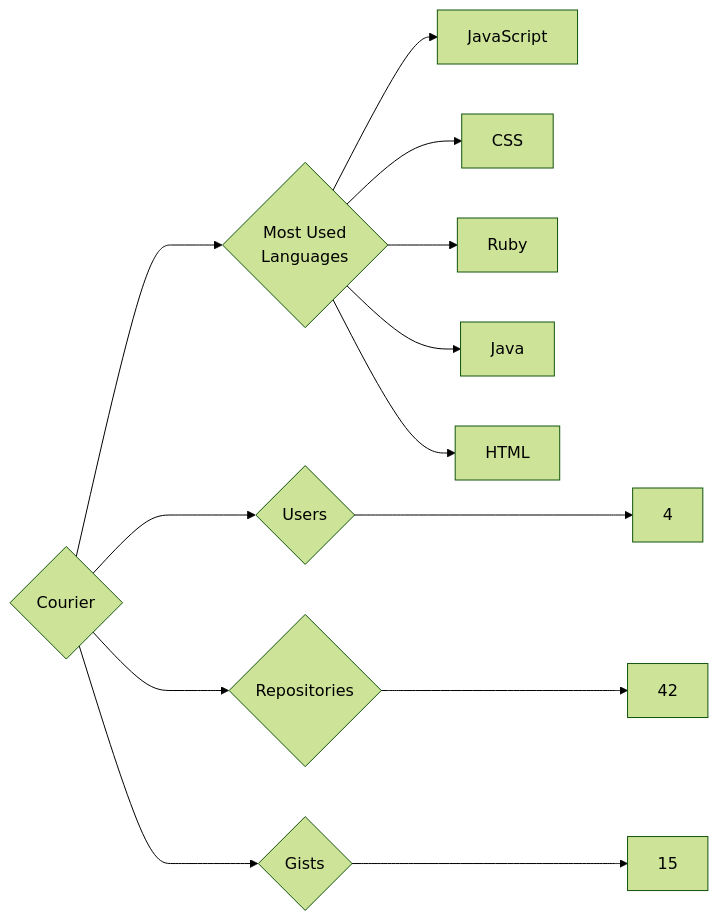
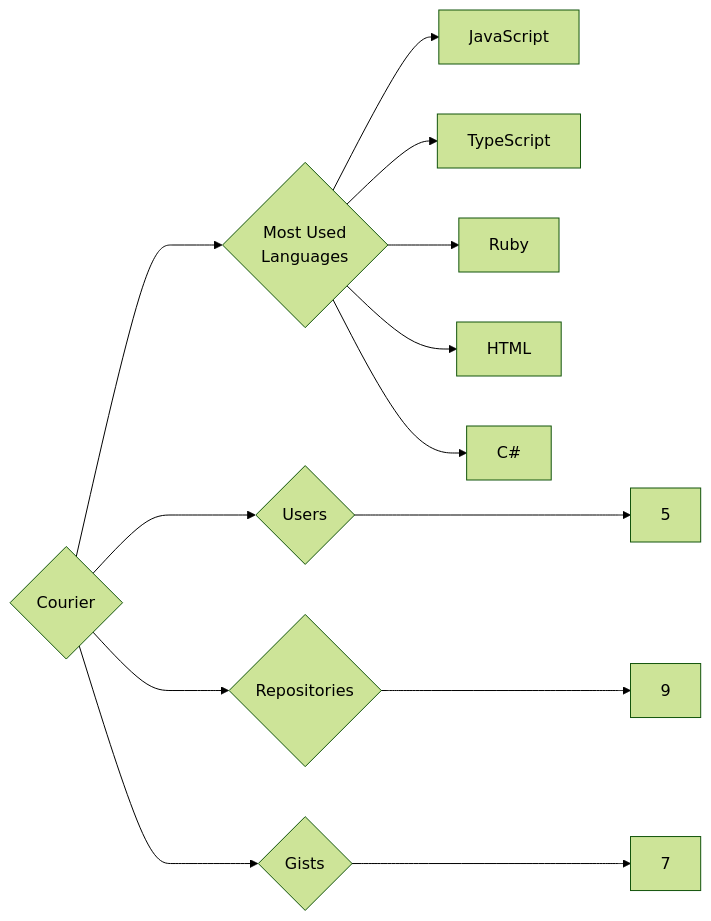
The diagram in targets/Courier/README.md (trickest/insiders), drawn with Mermaid (forest theme) before and after one commit. The commit also changed 933 other files, not shown here.

````diff
--- a/targets/Courier/README.md
+++ b/targets/Courier/README.md
@@ -3,13 +3,13 @@
 ```mermaid
 graph LR
 COMPANY_NAME{Courier}
-COMPANY_NAME ---> U{Users} ---> UN[4]
-COMPANY_NAME ---> R{Repositories} ---> RN[42]
-COMPANY_NAME ---> G{Gists} ---> GN[15]
+COMPANY_NAME ---> U{Users} ---> UN[5]
+COMPANY_NAME ---> R{Repositories} ---> RN[9]
+COMPANY_NAME ---> G{Gists} ---> GN[7]
 COMPANY_NAME ---> ML{Most Used<br>Languages}
 ML --> JavaScript[JavaScript]
-ML --> CSS[CSS]
+ML --> TypeScript[TypeScript]
 ML --> Ruby[Ruby]
-ML --> Java[Java]
 ML --> HTML[HTML]
+ML --> C#[C#]
 ```
````
